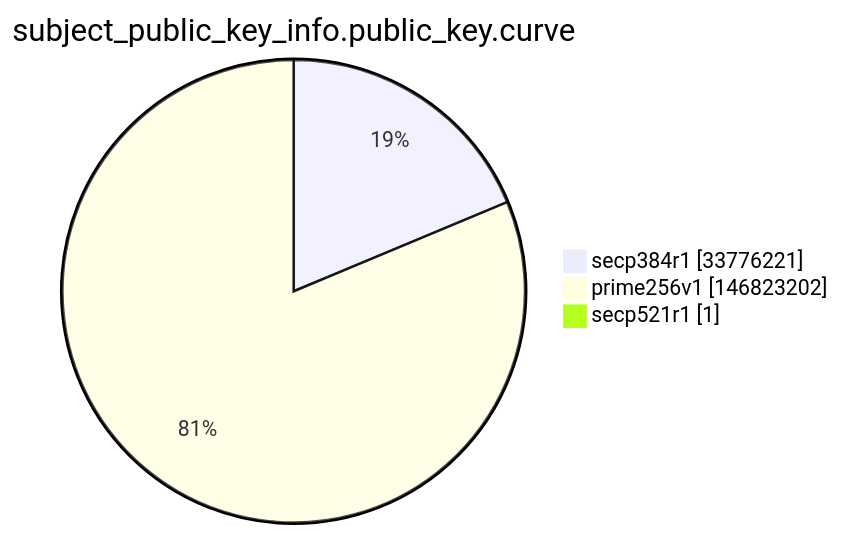
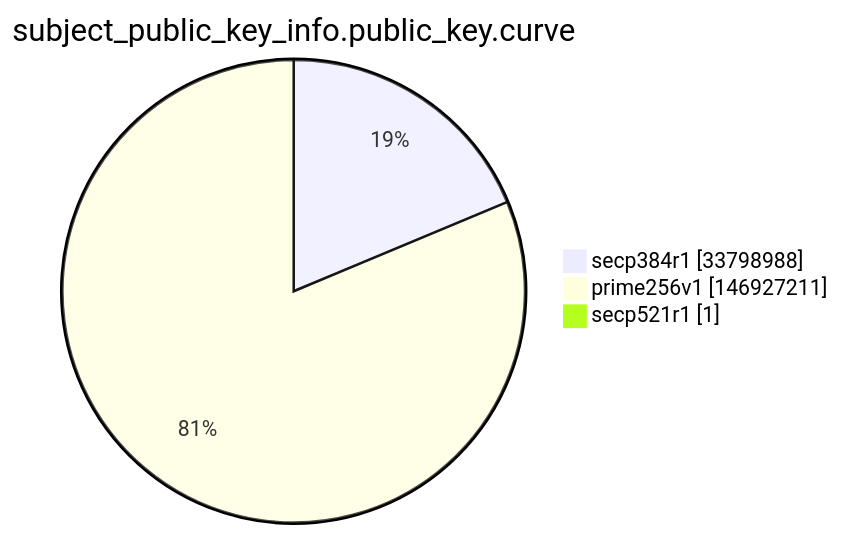
The ninth of 15 diagrams in argon2022/README.md (christiankrug/ctmonitor_visualization), drawn with Mermaid before and after one commit. The commit also changed other lines of this file, not shown here.

````diff
--- a/argon2022/README.md
+++ b/argon2022/README.md
@@ -2764,7 +2764,7 @@
 ```mermaid
 pie showData
 title subject_public_key_info.public_key.curve
-"secp384r1" :33776221
-"prime256v1" :146823202
+"secp384r1" :33798988
+"prime256v1" :146927211
 "secp521r1" :1
 ```
````
